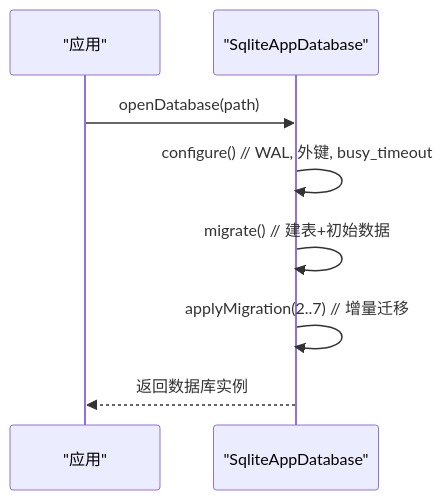
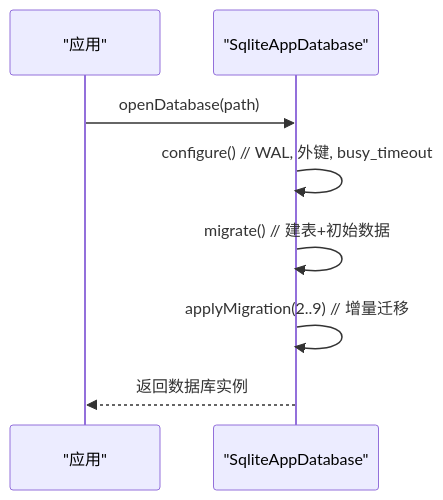
One commit to dyx-9163/ai-aifar changed the second of 3 diagrams in .qoder/repowiki/zh/content/数据管理/数据库架构设计/表结构定义.md. Above: the diagram before and after it, drawn with Mermaid. The commit also changed other lines of this file and 10 other files, not shown here.

````diff
--- a/.qoder/repowiki/zh/content/数据管理/数据库架构设计/表结构定义.md
+++ b/.qoder/repowiki/zh/content/数据管理/数据库架构设计/表结构定义.md
@@ -64,10 +76,10 @@
 ```mermaid
 sequenceDiagram
 participant App as "应用"
 participant DB as "SqliteAppDatabase"
 App->>DB : openDatabase(path)
 DB->>DB : configure() // WAL, 外键, busy_timeout
 DB->>DB : migrate() // 建表+初始数据
-DB->>DB : applyMigration(2..7) // 增量迁移
+DB->>DB : applyMigration(2..9) // 增量迁移
 DB-->>App : 返回数据库实例
 ```
````
